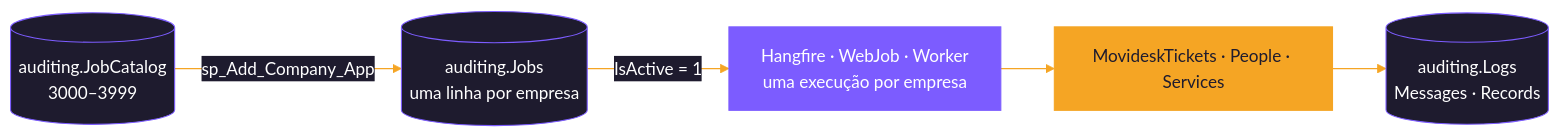
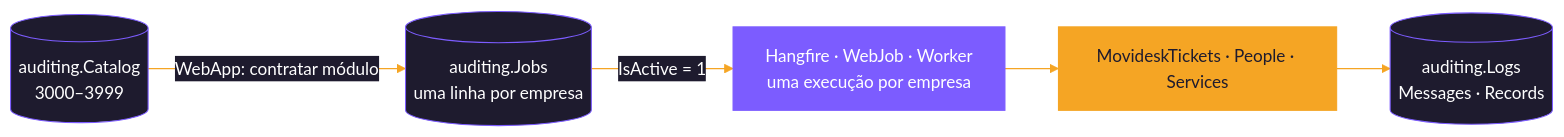
Before and after one commit to cayo-kume/extract-transform-load-integrations-system: the fifth of 5 diagrams in src/Backend/Modules/General/Movidesk/README.md, drawn with Mermaid. The commit also changed other lines of this file and 121 other files, not shown here.

First line of the commit message:
WebApp: login em monitor.Users, cadastro de holdings, empresas e usuários e Aplicações com o catálogo

````diff
--- a/src/Backend/Modules/General/Movidesk/README.md
+++ b/src/Backend/Modules/General/Movidesk/README.md
@@ -493,13 +493,13 @@
 ```mermaid
 %%{init: {'theme':'base','themeVariables':{'primaryColor':'#1e1b2e','primaryTextColor':'#ffffff','primaryBorderColor':'#7c5cff','lineColor':'#f5a524','textColor':'#1e1b2e','clusterBkg':'#f5f3ff','clusterBorder':'#7c5cff','titleColor':'#1e1b2e','edgeLabelBackground':'#1e1b2e'}}}%%
 flowchart LR
-    CAT[("auditing.JobCatalog<br/>3000–3999")] -- "sp_Add_Company_App" --> JOBS[("auditing.Jobs<br/>uma linha por empresa")]
+    CAT[("auditing.Catalog<br/>3000–3999")] -- "WebApp: contratar módulo" --> JOBS[("auditing.Jobs<br/>uma linha por empresa")]
     JOBS -- "IsActive = 1" --> HOST["Hangfire · WebJob · Worker<br/>uma execução por empresa"]
     HOST --> SVC["MovideskTickets · People · Services"]
     SVC --> LOGS[("auditing.Logs<br/>Messages · Records")]
 
     classDef accent fill:#7c5cff,stroke:#7c5cff,color:#ffffff
     classDef warm fill:#f5a524,stroke:#f5a524,color:#1e1b2e
     class HOST accent
     class SVC warm
 ```
````
